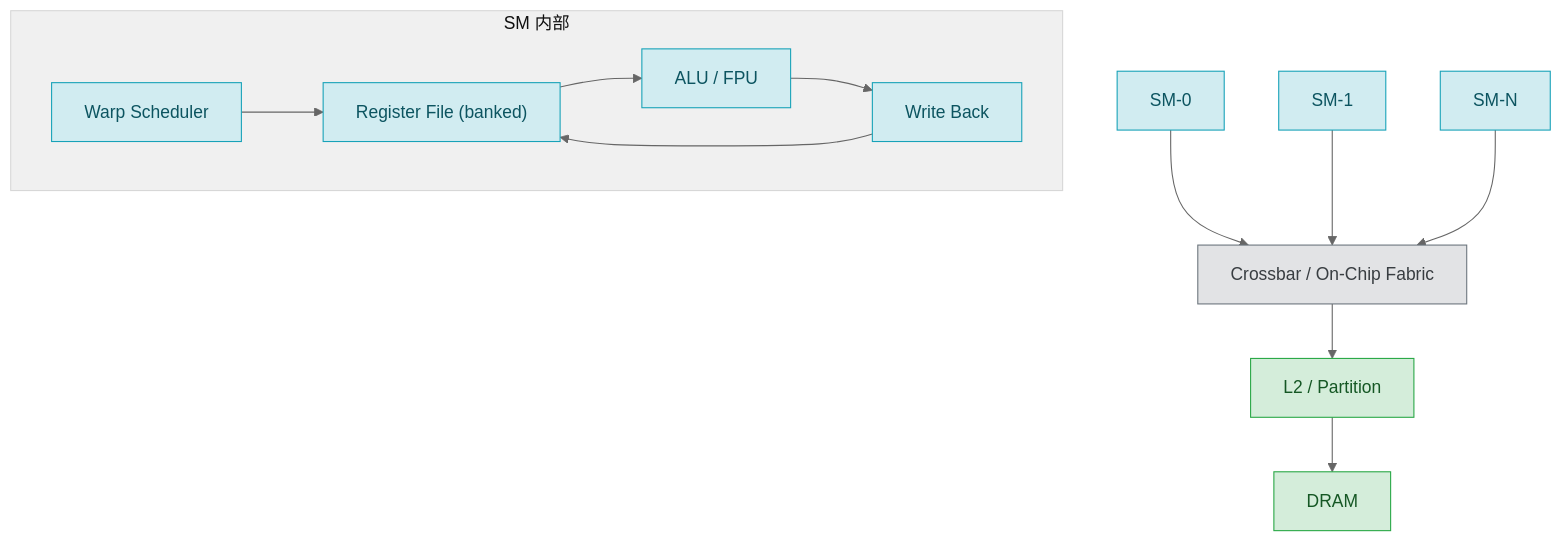
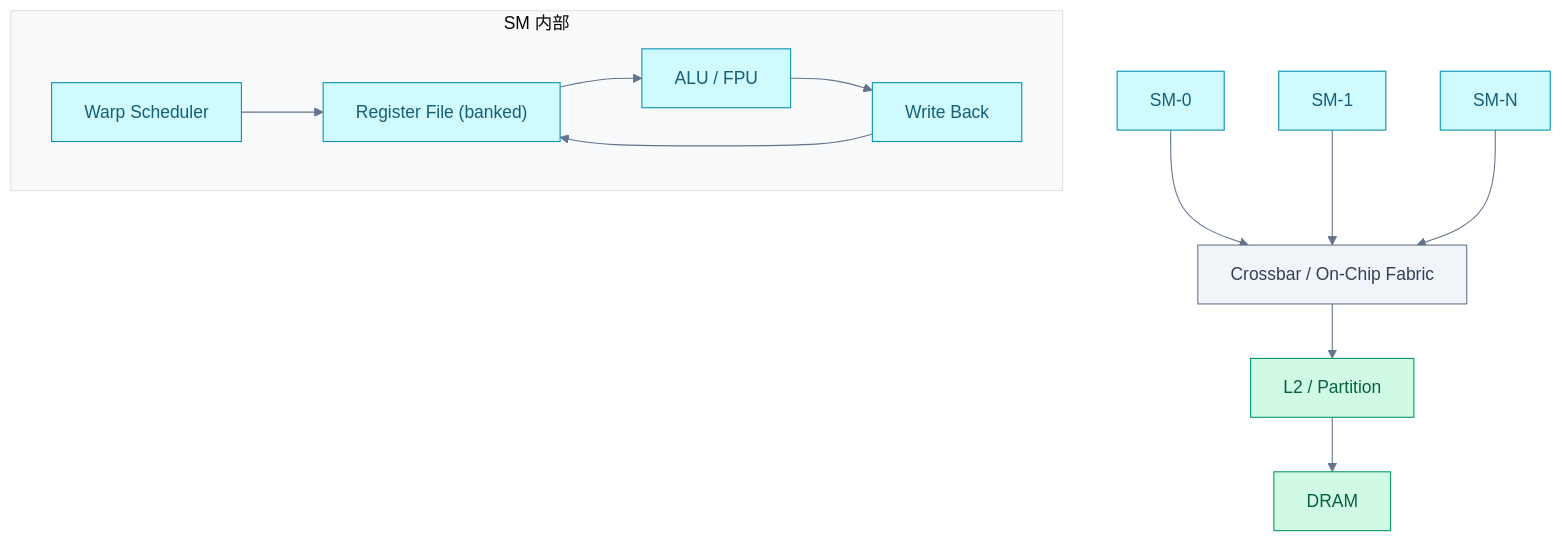
One commit to swjtuer326/cs-learning-notes changed the second of 12 diagrams in LLM/NVIDIA-GPU架构演进与LLM.md. Above: the diagram before and after it, drawn with Mermaid. The commit also changed other lines of this file and 10 other files, not shown here.

````diff
--- a/LLM/NVIDIA-GPU架构演进与LLM.md
+++ b/LLM/NVIDIA-GPU架构演进与LLM.md
@@ -85,24 +133,24 @@
 ```mermaid
-%%{init: {"theme": "base", "themeVariables": {"primaryColor": "#ECECFF", "primaryTextColor": "#333333", "primaryBorderColor": "#9370DB", "lineColor": "#666666", "secondaryColor": "#ffffde", "secondaryBorderColor": "#aaaa33", "tertiaryColor": "#f0f0f0", "fontFamily": "\"trebuchet ms\", verdana, arial, sans-serif"}}}%%
+%%{init: {"theme": "base", "themeVariables": {"primaryColor": "#f8fafc", "primaryTextColor": "#1e293b", "primaryBorderColor": "#475569", "lineColor": "#64748b", "secondaryColor": "#f1f5f9", "secondaryBorderColor": "#94a3b8", "tertiaryColor": "#f8fafc", "fontFamily": "\"trebuchet ms\", verdana, arial, sans-serif"}}}%%
 flowchart TD
     subgraph "SM 内部"
         WF["Warp Scheduler"] --> RF["Register File (banked)"]
         RF --> ALU["ALU / FPU"]
         ALU --> WB["Write Back"]
         WB --> RF
     end
     SM1["SM-0"] --> XB["Crossbar / On-Chip Fabric"]
     SM2["SM-1"] --> XB
     SM3["SM-N"] --> XB
     XB --> L2["L2 / Partition"]
     L2 --> DRAM["DRAM"]
 
-    classDef sm fill:#d1ecf1,stroke:#17a2b8,color:#0c5460
-    classDef fabric fill:#e2e3e5,stroke:#6c757d,color:#383d41
-    classDef mem fill:#d4edda,stroke:#28a745,color:#155724
+    classDef sm fill:#cffafe,stroke:#0891b2,color:#155e75
+    classDef fabric fill:#f1f5f9,stroke:#64748b,color:#334155
+    classDef mem fill:#d1fae5,stroke:#059669,color:#065f46
 
     class WF,RF,ALU,WB sm
     class SM1,SM2,SM3 sm
     class XB fabric
     class L2,DRAM mem
 ```
````
